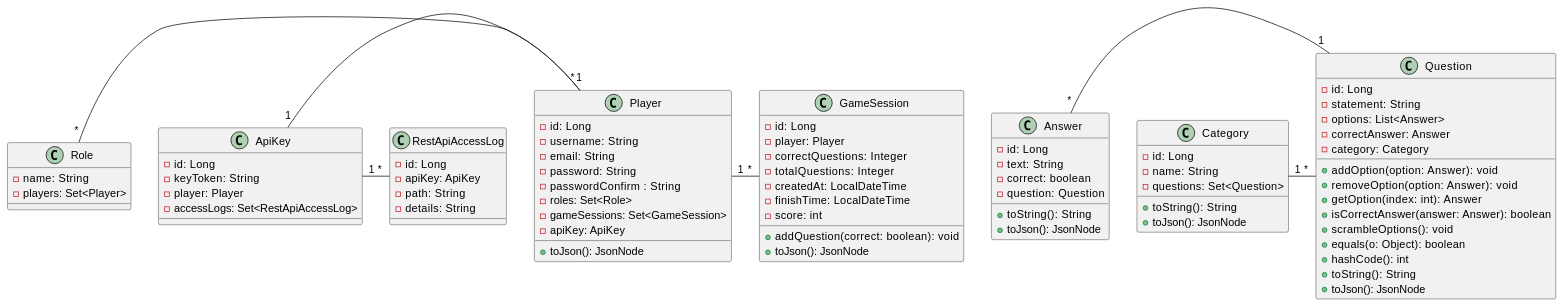
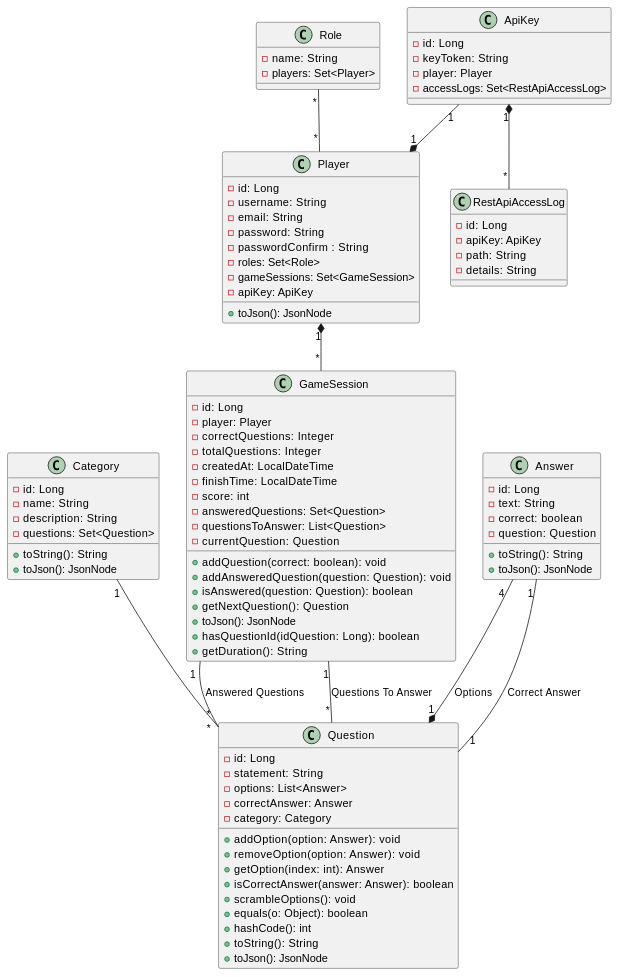
One commit to Arquisoft/wiq_es04b changed the diagram in docs/src/08_concepts.adoc. Above: the diagram before and after it, drawn with PlantUML.

Commit message:
Fixed Domain Model

```diff
--- a/docs/src/08_concepts.adoc
+++ b/docs/src/08_concepts.adoc
@@ -33,6 +33,7 @@
 class Category {
   - id: Long
   - name: String
+  - description: String
   - questions: Set<Question>
   + toString(): String
   + toJson(): JsonNode
@@ -58,8 +59,16 @@
   - createdAt: LocalDateTime
   - finishTime: LocalDateTime
   - score: int
+  - answeredQuestions: Set<Question>
+  - questionsToAnswer: List<Question>
+  - currentQuestion: Question
   + addQuestion(correct: boolean): void
+  + addAnsweredQuestion(question: Question): void
+  + isAnswered(question: Question): boolean
+  + getNextQuestion(): Question
   + toJson(): JsonNode
+  + hasQuestionId(idQuestion: Long): boolean
+  + getDuration(): String
 }
 
 class Role {
@@ -90,12 +99,15 @@
     - details: String
 }
 
-Role "*" - "*" Player
-Answer "*" - "1" Question
-ApiKey "1" - "1" Player
-ApiKey "1" - "*" RestApiAccessLog
-Category "1" - "*" Question
-Player "1" - "*" GameSession
+Role "*" -- "*" Player
+Answer "4  " --* "1" Question : Options
+Answer "1 " -- "  1" Question : Correct Answer
+ApiKey "1" --* "1" Player
+ApiKey "1" *-- "*" RestApiAccessLog
+Category "1" -- "*" Question
+Player "1" *-- "*" GameSession
+GameSession "1" -- "*" Question : Answered Questions
+GameSession "1" -- "*" Question : Questions To Answer
 
 @enduml
 ----
```
